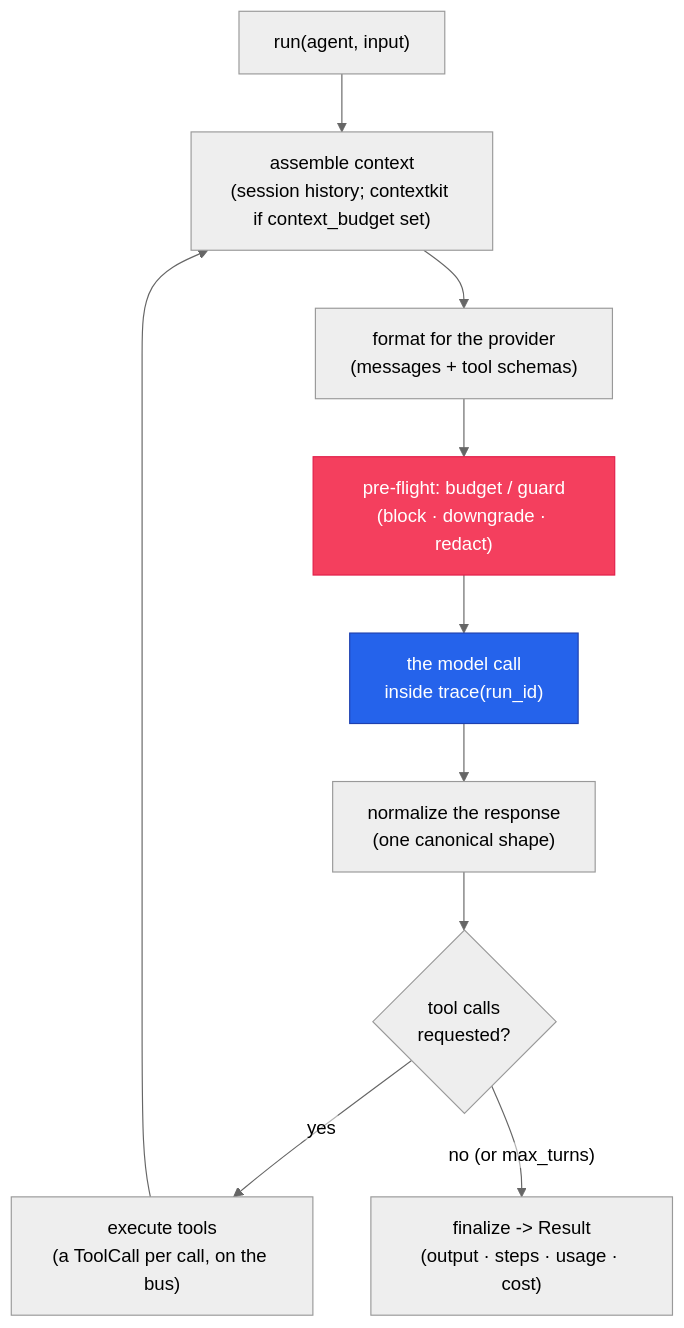
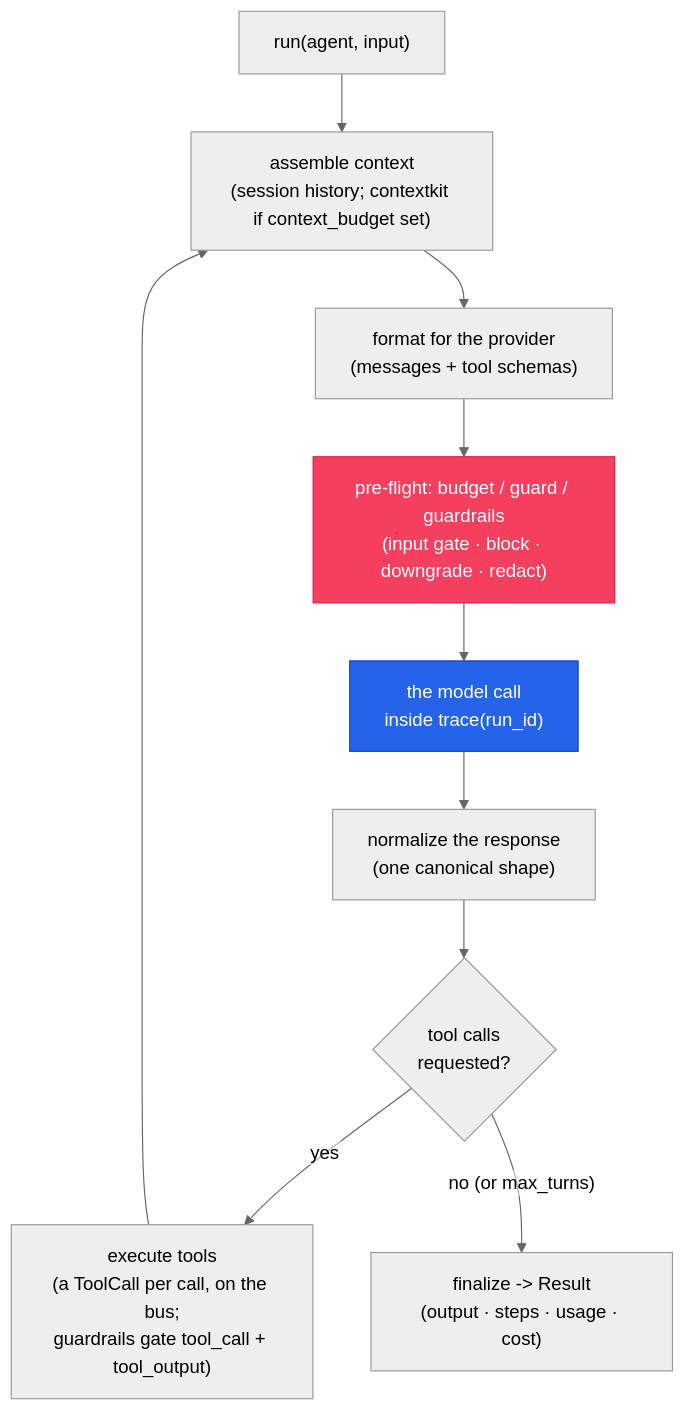
One commit to cendorhq/cendor-sdk changed the diagram in docs/agents.md. Above: the diagram before and after it, drawn with Mermaid (neutral theme). The commit also changed other lines of this file and 10 other files, not shown here.

````diff
--- a/docs/agents.md
+++ b/docs/agents.md
@@ -321,22 +321,22 @@
 ```mermaid
 %%{init: {"flowchart": {"htmlLabels": false}} }%%
 graph TD
     IN["run(agent, input)"]
     ASM["assemble context<br/>(session history; contextkit if context_budget set)"]
     FMT["format for the provider<br/>(messages + tool schemas)"]
     CALL["the model call<br/>inside trace(run_id)"]
-    PRE["pre-flight: budget / guard<br/>(block · downgrade · redact)"]
+    PRE["pre-flight: budget / guard / guardrails<br/>(input gate · block · downgrade · redact)"]
     NORM["normalize the response<br/>(one canonical shape)"]
     TOOLS{"tool calls<br/>requested?"}
-    EXEC["execute tools<br/>(a ToolCall per call, on the bus)"]
+    EXEC["execute tools<br/>(a ToolCall per call, on the bus;<br/>guardrails gate tool_call + tool_output)"]
     DONE["finalize -> Result<br/>(output · steps · usage · cost)"]
 
     IN --> ASM --> FMT --> PRE --> CALL --> NORM --> TOOLS
     TOOLS -->|yes| EXEC --> ASM
     TOOLS -->|"no (or max_turns)"| DONE
 
     classDef seam fill:#2563EB,color:#ffffff,stroke:#1E40AF;
     classDef stop fill:#F43F5E,color:#ffffff,stroke:#E11D48;
     class CALL seam;
     class PRE stop;
 ```
````
